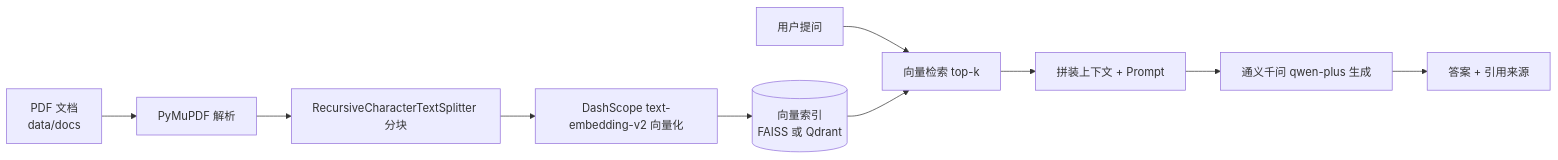
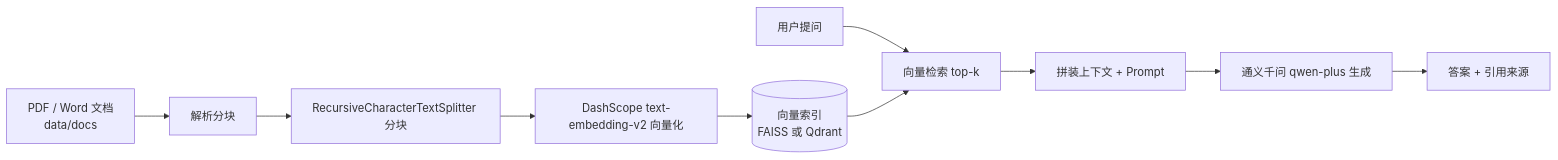
One commit to xyy-xyy-xyy/enterprise-kb-rag changed the diagram in README.md. Above: the diagram before and after it, drawn with Mermaid. The commit also changed other lines of this file and 6 other files, not shown here.

````diff
--- a/README.md
+++ b/README.md
@@ -58,12 +58,12 @@
 ```mermaid
 flowchart LR
-    A[PDF 文档<br/>data/docs] --> B[PyMuPDF 解析]
+    A[PDF / Word 文档<br/>data/docs] --> B[解析分块]
     B --> C[RecursiveCharacterTextSplitter 分块]
     C --> D[DashScope text-embedding-v2 向量化]
     D --> E[(向量索引<br/>FAISS 或 Qdrant)]
     F[用户提问] --> G[向量检索 top-k]
     E --> G
     G --> H[拼装上下文 + Prompt]
     H --> I[通义千问 qwen-plus 生成]
     I --> J[答案 + 引用来源]
 ```
````
